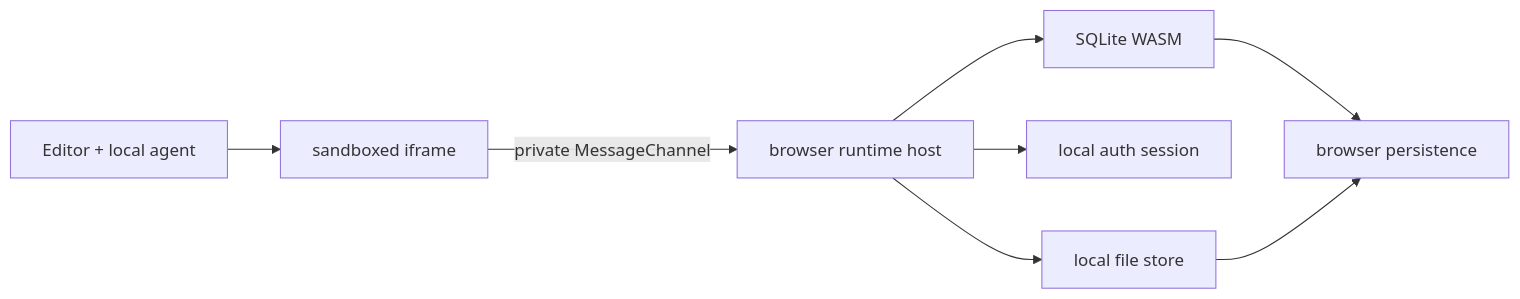
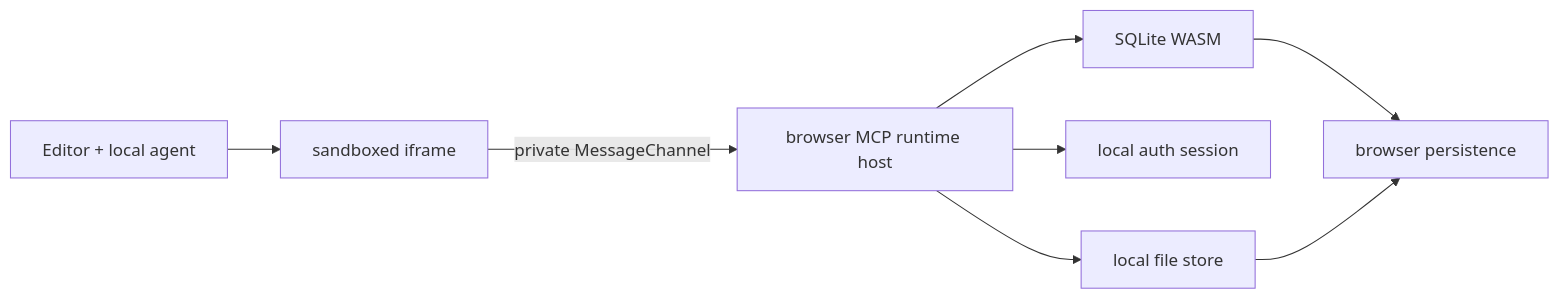
The first of 2 diagrams in docs/architecture.md (danibram/konae), drawn with Mermaid before and after one commit. The commit also changed other lines of this file and 197 other files, not shown here.

````diff
--- a/docs/architecture.md
+++ b/docs/architecture.md
@@ -27,10 +26,10 @@
 ```mermaid
 flowchart LR
   E["Editor + local agent"] --> P["sandboxed iframe"]
-  P -->|"private MessageChannel"| H["browser runtime host"]
+  P -->|"private MessageChannel"| H["browser MCP runtime host"]
   H --> D["SQLite WASM"]
   H --> A["local auth session"]
   H --> F["local file store"]
   D --> L["browser persistence"]
   F --> L
 ```
````
